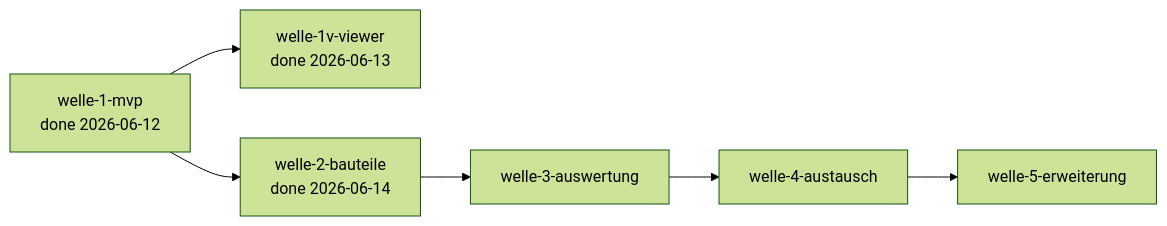
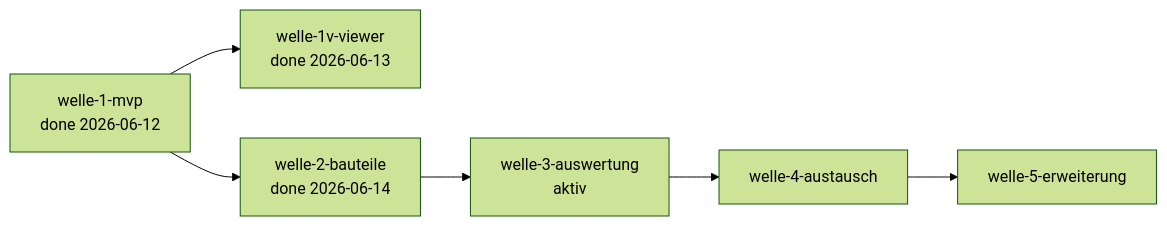
Before and after one commit to pt9912/b-cad: the diagram in docs/plan/planning/in-progress/roadmap.md, drawn with Mermaid (forest theme). The commit also changed other lines of this file, not shown here.

First line of the commit message:
docs(plan): welle-3-auswertung starten — Roadmap §Aktuelle Welle (M3, Scope MAT+EVL, DRW zurueckgestellt)

````diff
--- a/docs/plan/planning/in-progress/roadmap.md
+++ b/docs/plan/planning/in-progress/roadmap.md
@@ -46,12 +76,12 @@
 ```mermaid
 flowchart LR
     W1[welle-1-mvp<br/>done 2026-06-12]
     W1V[welle-1v-viewer<br/>done 2026-06-13]
     W2[welle-2-bauteile<br/>done 2026-06-14]
-    W3[welle-3-auswertung]
+    W3[welle-3-auswertung<br/>aktiv]
     W4[welle-4-austausch]
     W5[welle-5-erweiterung]
 
     W1 --> W1V
     W1 --> W2 --> W3 --> W4 --> W5
 ```
````
